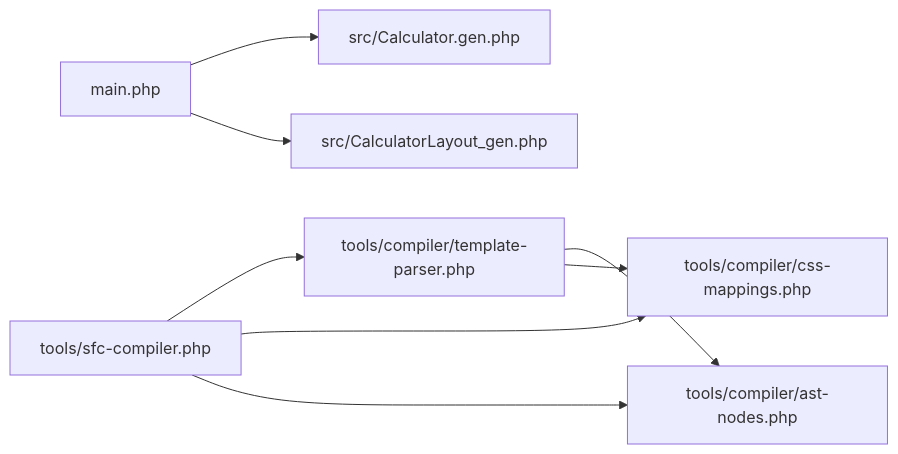
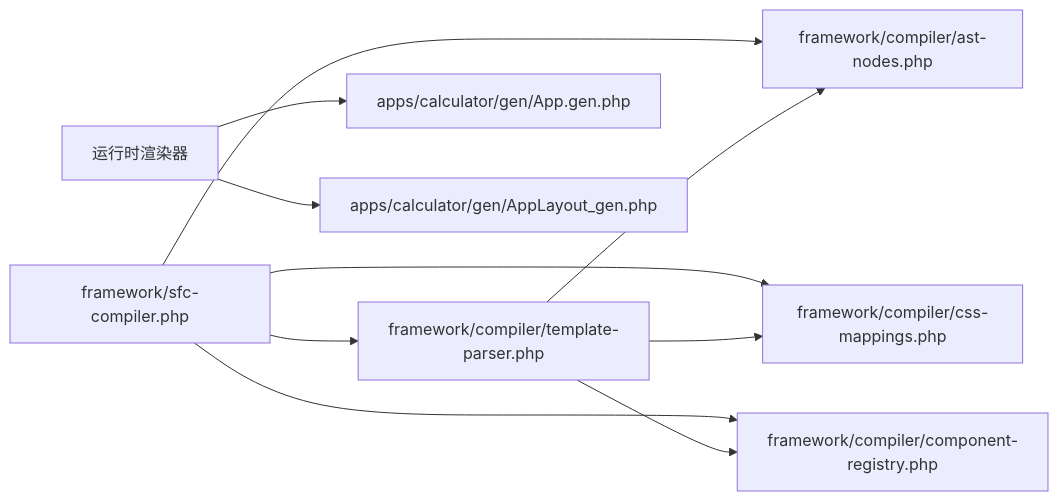
One commit to xingye00186/PHP-Data-UI-Framework-powered-by-swooleAOT changed the seventh of 7 diagrams in .qoder/repowiki/zh/content/SFC编译器系统/模板解析器.md. Above: the diagram before and after it, drawn with Mermaid. The commit also changed other lines of this file and 37 other files, not shown here.

````diff
--- a/.qoder/repowiki/zh/content/SFC编译器系统/模板解析器.md
+++ b/.qoder/repowiki/zh/content/SFC编译器系统/模板解析器.md
@@ -312,10 +372,12 @@
 ```mermaid
 graph LR
-SFC["tools/sfc-compiler.php"] --> TP["tools/compiler/template-parser.php"]
-SFC --> CM["tools/compiler/css-mappings.php"]
-SFC --> AN["tools/compiler/ast-nodes.php"]
+SFC["framework/sfc-compiler.php"] --> TP["framework/compiler/template-parser.php"]
+SFC --> CM["framework/compiler/css-mappings.php"]
+SFC --> AN["framework/compiler/ast-nodes.php"]
+SFC --> CR["framework/compiler/component-registry.php"]
 TP --> AN
 TP --> CM
-MAIN["main.php"] --> GEN["src/Calculator.gen.php"]
-MAIN --> LAYOUT["src/CalculatorLayout_gen.php"]
+TP --> CR
+MAIN["运行时渲染器"] --> GEN["apps/calculator/gen/App.gen.php"]
+MAIN --> LAYOUT["apps/calculator/gen/AppLayout_gen.php"]
 ```
````
